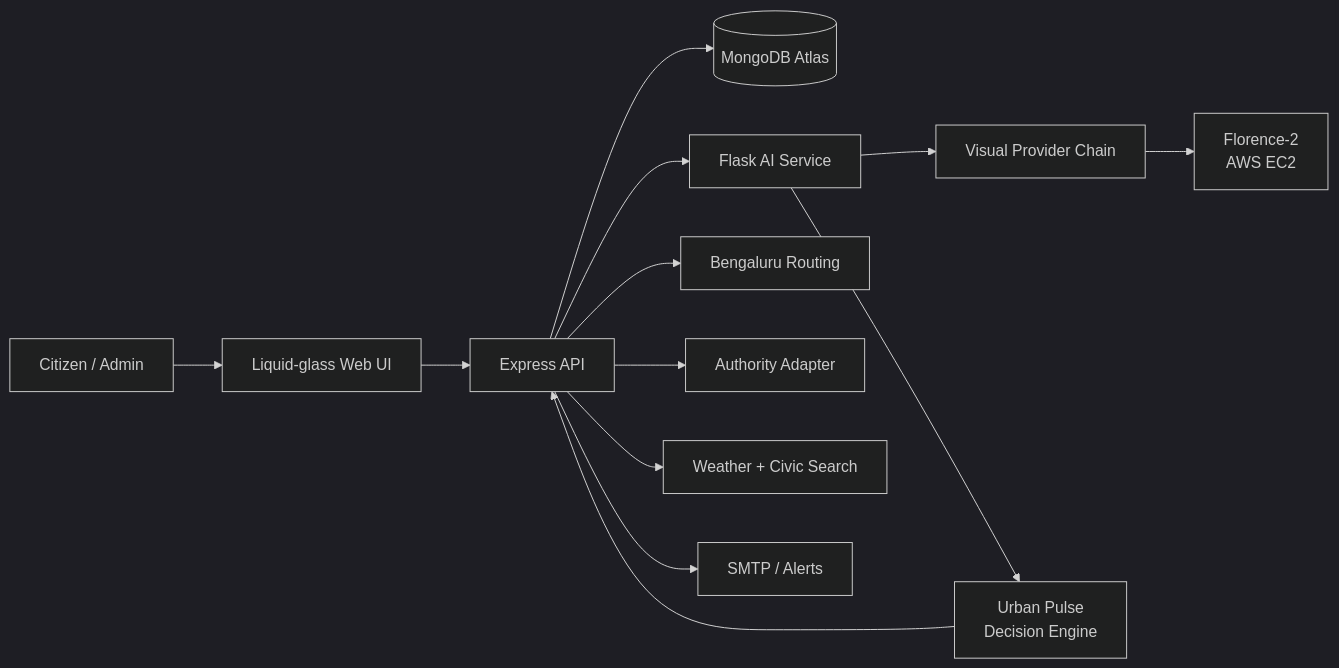
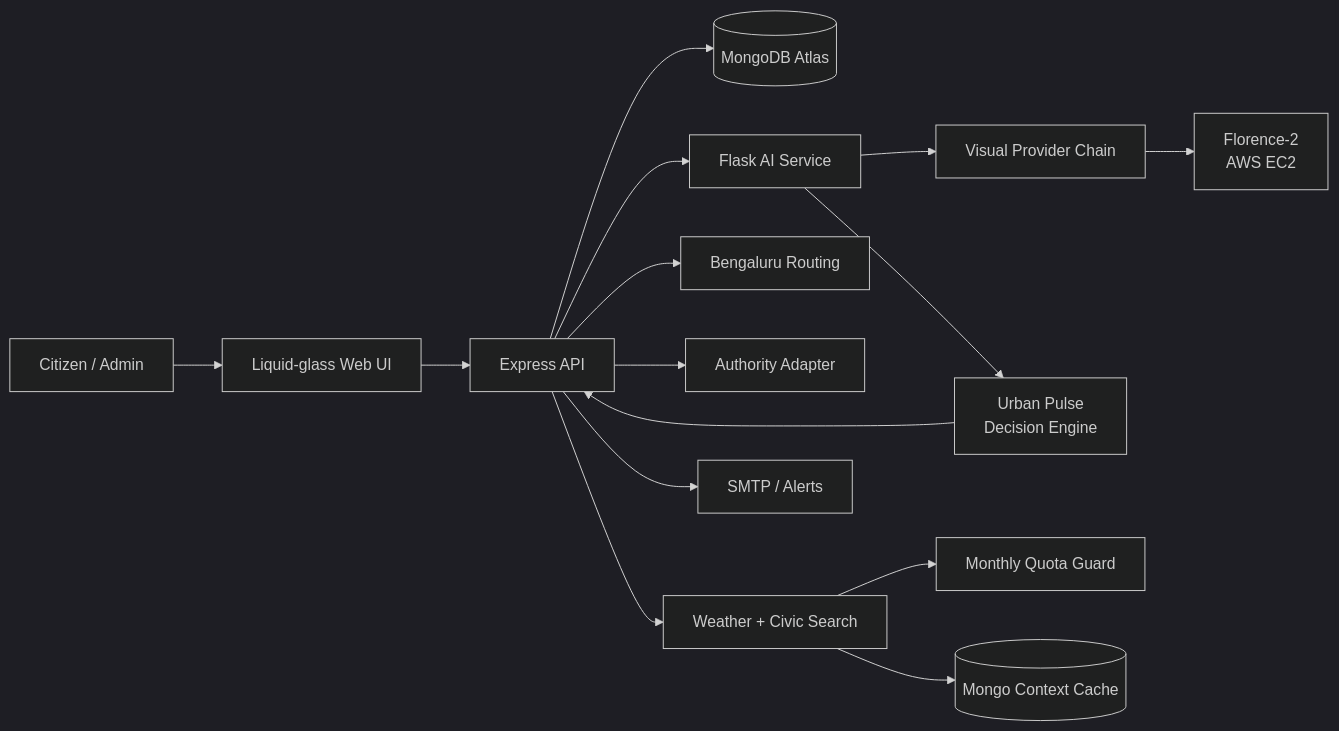
One commit to Shreyas0047/Ai-powered-Smart-Community-Problem-Detection changed the first of 2 diagrams in README.md. Above: the diagram before and after it, drawn with Mermaid (dark theme). The commit also changed other lines of this file and 20 other files, not shown here.

```diff
--- a/README.md
+++ b/README.md
@@ -76,15 +137,17 @@
 ~~~mermaid
 flowchart LR
     Citizen[Citizen / Admin] --> UI[Liquid-glass Web UI]
     UI --> API[Express API]
     API --> DB[(MongoDB Atlas)]
     API --> AI[Flask AI Service]
     AI --> Vision[Visual Provider Chain]
     Vision --> Florence[Florence-2<br/>AWS EC2]
     AI --> Decision[Urban Pulse<br/>Decision Engine]
     Decision --> API
     API --> Route[Bengaluru Routing]
     API --> Authority[Authority Adapter]
     API --> Context[Weather + Civic Search]
+    Context --> Quota[Monthly Quota Guard]
+    Context --> Cache[(Mongo Context Cache)]
     API --> Mail[SMTP / Alerts]
 ~~~
```
